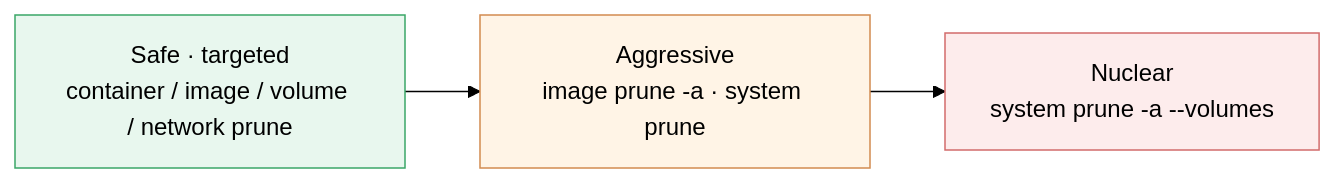
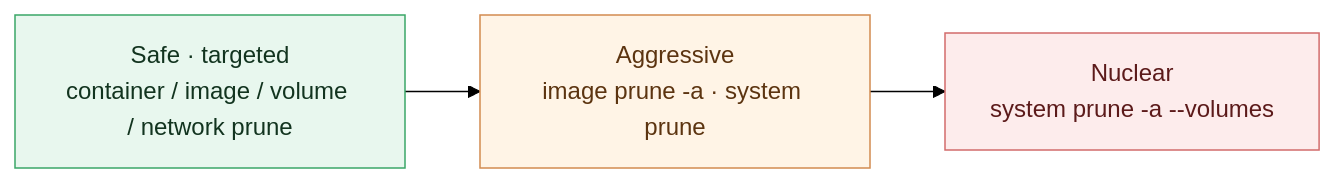
One commit to LinkedInLearning/docker-for-local-ai-app-development-build-lightweight-containerized-ai-applications-11189001 changed the third of 3 diagrams in chapter_2/l6/README.md. Above: the diagram before and after it, drawn with Mermaid (forest theme). The commit also changed 25 other files, not shown here.

````diff
--- a/chapter_2/l6/README.md
+++ b/chapter_2/l6/README.md
@@ -193,13 +193,13 @@
 ```mermaid
 flowchart LR
     A["Safe · targeted<br/>container / image / volume / network prune"] --> B["Aggressive<br/>image prune -a · system prune"]
     B --> C["Nuclear<br/>system prune -a --volumes"]
 
-    classDef safe   fill:#e8f7ee,stroke:#3aa667,stroke-width:1px;
-    classDef med    fill:#fff4e6,stroke:#d28b4f,stroke-width:1px;
-    classDef danger fill:#fdecec,stroke:#d26b6b,stroke-width:1px;
+    classDef safe   fill:#e8f7ee,stroke:#3aa667,stroke-width:1px,color:#12341f;
+    classDef med    fill:#fff4e6,stroke:#d28b4f,stroke-width:1px,color:#5c3410;
+    classDef danger fill:#fdecec,stroke:#d26b6b,stroke-width:1px,color:#5c1a1a;
 
     class A safe
     class B med
     class C danger
 ```
````
